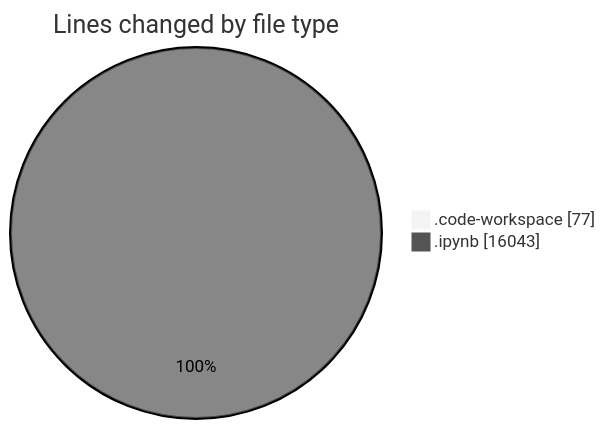
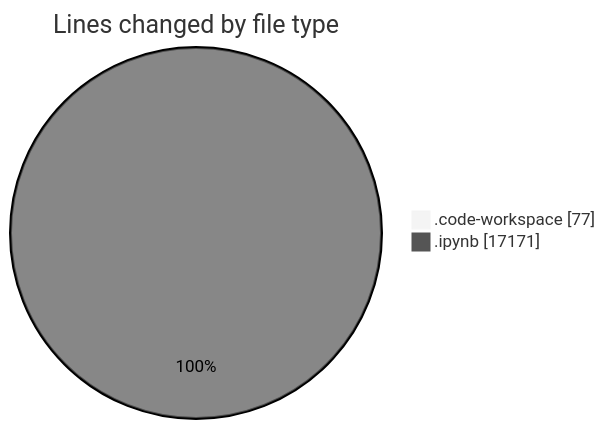
Before and after one commit to MatusMokan/code-tracking: the first of 2 diagrams in 2025-03-14/myws__workspace_/README.md, drawn with Mermaid (neutral theme). The commit also changed other lines of this file and 1 other file, not shown here.

````diff
--- a/2025-03-14/myws__workspace_/README.md
+++ b/2025-03-14/myws__workspace_/README.md
@@ -21,6 +21,6 @@
 ```mermaid
 pie showData
 title Lines changed by file type
 ".code-workspace" : 77
-".ipynb" : 16043
+".ipynb" : 17171
 ```
````
